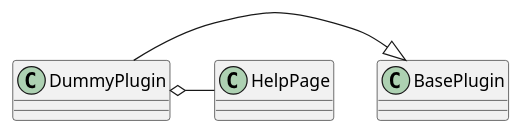
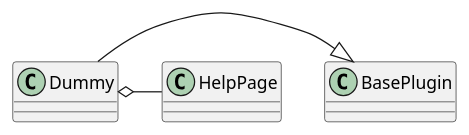
The diagram in arachneape/plugins/dummyplugin.rst (russell-n/theape), drawn with PlantUML before and after one commit. The commit also changed other lines of this file and 74 other files, not shown here.

```diff
--- a/arachneape/plugins/dummyplugin.rst
+++ b/arachneape/plugins/dummyplugin.rst
@@ -9,4 +9,4 @@
 .. uml::
 
-   DummyPlugin -|> BasePlugin
-   DummyPlugin o- HelpPage
+   Dummy -|> BasePlugin
+   Dummy o- HelpPage
```
